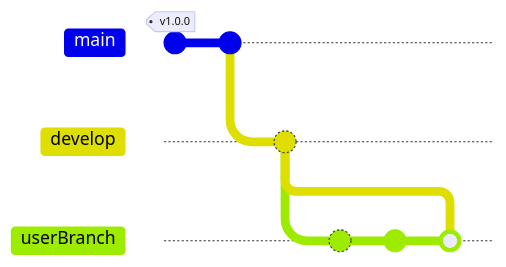
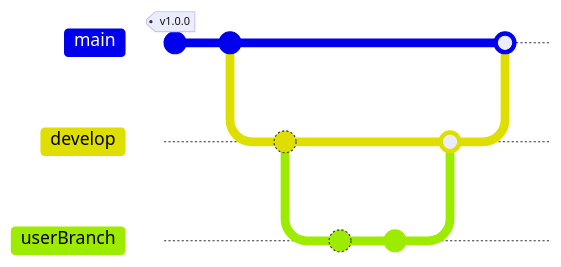
The second of 2 diagrams in README.md (TheNefelin/BootcApp), drawn with Mermaid before and after one commit. Commit ids are hidden.

Commit message:
Security in Grade List

````diff
--- a/README.md
+++ b/README.md
@@ -26,14 +26,16 @@
 ```mermaid
 gitGraph
     commit id: "init" tag: "v1.0.0"
     commit
     branch develop
     checkout develop
     commit id: "new develop branch"
     branch userBranch
     checkout userBranch
     commit id: "new user branch"
     commit id: "new modify"
-    checkout userBranch
+    checkout develop
+    merge userBranch
+    checkout main
     merge develop
 ```
````
